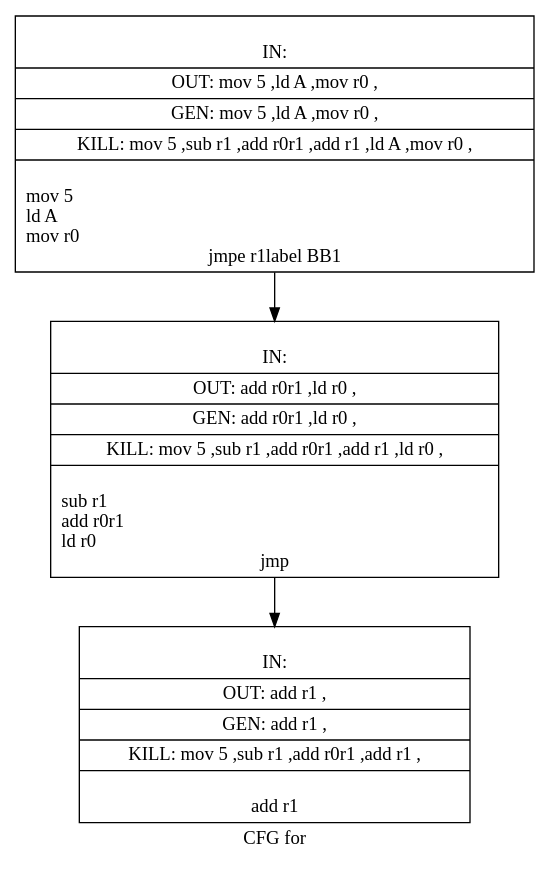
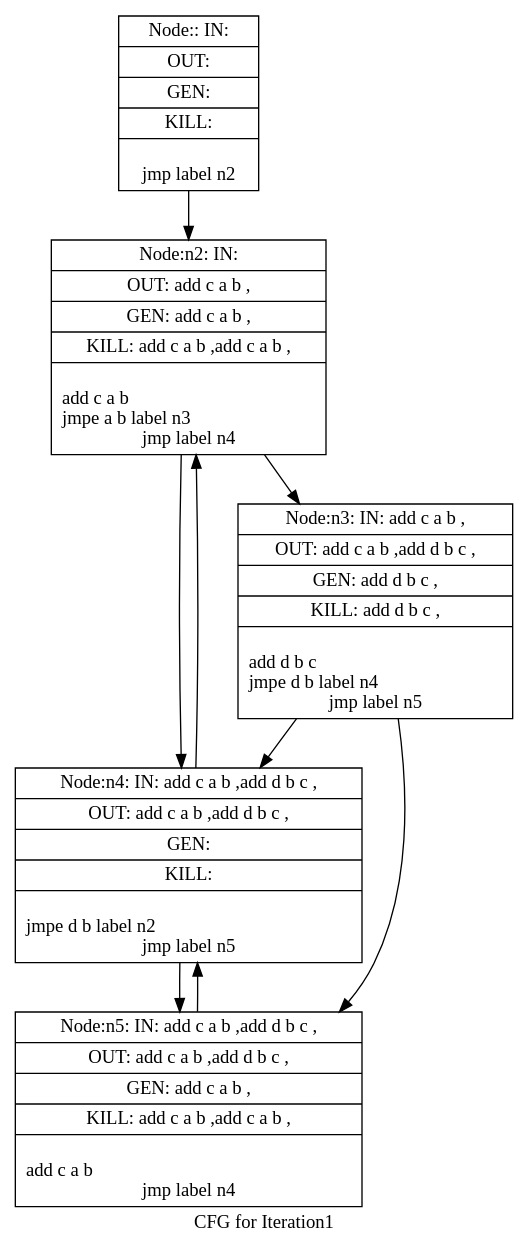
Before and after one commit to bhushan23/compiler: the diagram in reachingDef/cfg.Iteration1.dot, drawn with Graphviz. The commit also changed 26 other files, not shown here.

```diff
--- a/reachingDef/cfg.Iteration1.dot
+++ b/reachingDef/cfg.Iteration1.dot
@@ -1,8 +1,16 @@
 digraph "CFG for Iteration1' function" {
- label="CFG for ";
+ label="CFG for Iteration1";
 
-Node0x1b9b8f0 [shape=record,label="{\lIN: |{OUT: mov 5 ,ld A ,mov r0 ,}|{GEN: mov 5 ,ld A ,mov r0 ,}|{KILL: mov 5 ,sub r1 ,add r0r1 ,add r1 ,ld A ,mov r0 ,}|{\lmov 5\lld A\lmov r0\ljmpe r1label BB1}}"];
-Node0x1b9b8f0 -> Node0x1b9bad0;
-Node0x1b9bad0 [shape=record,label="{\lIN: |{OUT: add r0r1 ,ld r0 ,}|{GEN: add r0r1 ,ld r0 ,}|{KILL: mov 5 ,sub r1 ,add r0r1 ,add r1 ,ld r0 ,}|{\lsub r1\ladd r0r1\lld r0\ljmp }}"];
-Node0x1b9bad0 -> Node0x1b9bd10;
-Node0x1b9bd10 [shape=record,label="{\lIN: |{OUT: add r1 ,}|{GEN: add r1 ,}|{KILL: mov 5 ,sub r1 ,add r0r1 ,add r1 ,}|{\ladd r1}}"];}
+Node0x851220 [shape=record,label="{ Node::  IN: |{OUT: }|{GEN: }|{KILL: }|{\ljmp label n2}}"];
+Node0x851220 -> Node0x851ac0;
+Node0x851ac0 [shape=record,label="{ Node:n2:  IN: |{OUT: add c a b ,}|{GEN: add c a b ,}|{KILL: add c a b ,add c a b ,}|{\ladd c a b\ljmpe a b label n3\ljmp label n4}}"];
+Node0x851ac0 -> Node0x851ca0;
+Node0x851ac0 -> Node0x851e80;
+Node0x851ca0 [shape=record,label="{ Node:n3:  IN: add c a b ,|{OUT: add c a b ,add d b c ,}|{GEN: add d b c ,}|{KILL: add d b c ,}|{\ladd d b c\ljmpe d b label n4\ljmp label n5}}"];
+Node0x851ca0 -> Node0x851e80;
+Node0x851ca0 -> Node0x8520e0;
+Node0x851e80 [shape=record,label="{ Node:n4:  IN: add c a b ,add d b c ,|{OUT: add c a b ,add d b c ,}|{GEN: }|{KILL: }|{\ljmpe d b label n2\ljmp label n5}}"];
+Node0x851e80 -> Node0x851ac0;
+Node0x851e80 -> Node0x8520e0;
+Node0x8520e0 [shape=record,label="{ Node:n5:  IN: add c a b ,add d b c ,|{OUT: add c a b ,add d b c ,}|{GEN: add c a b ,}|{KILL: add c a b ,add c a b ,}|{\ladd c a b\ljmp label n4}}"];
+Node0x8520e0 -> Node0x851e80;}
```
